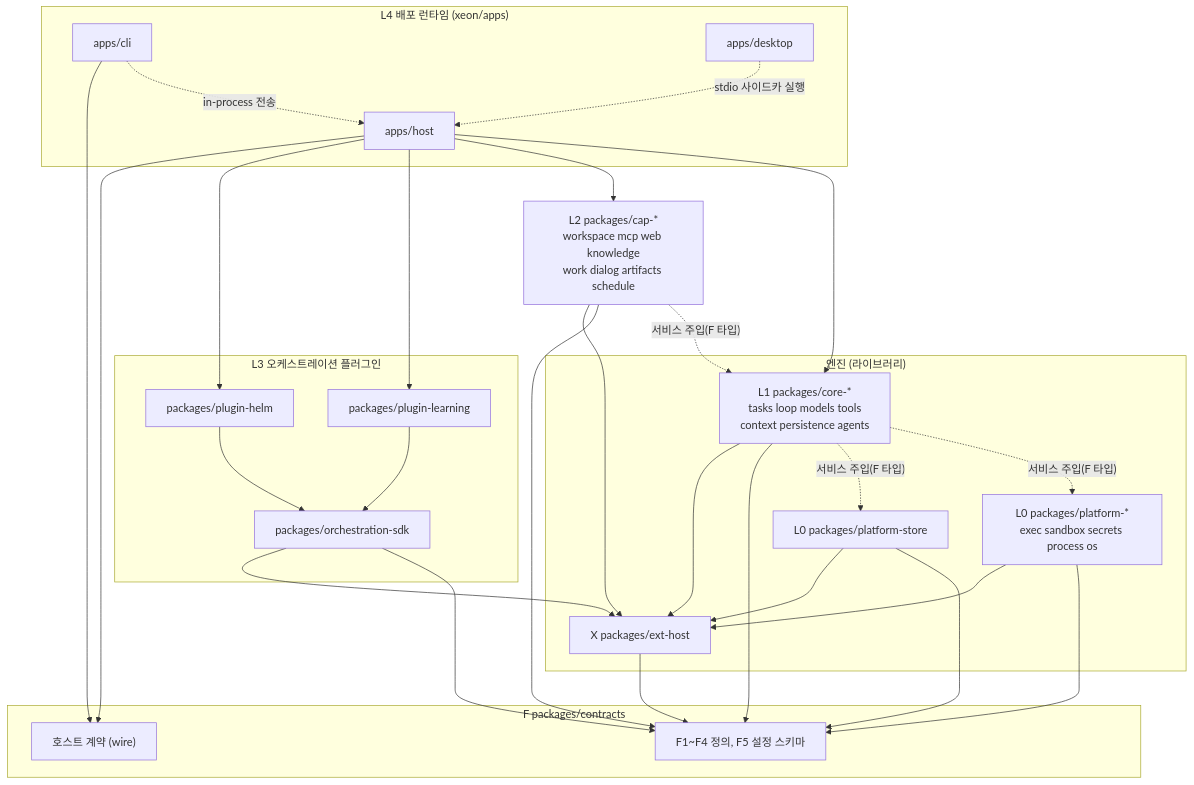
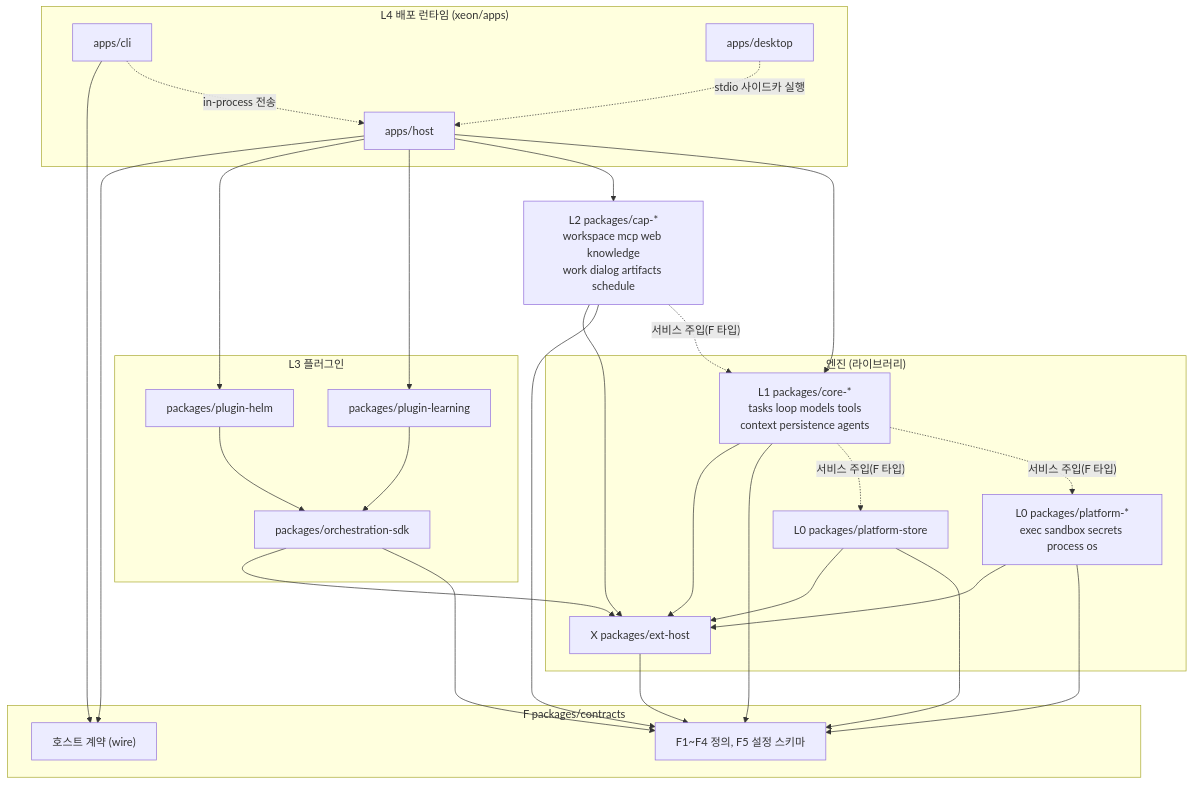
One commit to Rengod95/Helm-Agent_Docs_OS changed the diagram in docs/xeon/architecture/overview/spec.md. Above: the diagram before and after it, drawn with Mermaid. The commit also changed other lines of this file and 91 other files, not shown here.

````diff
--- a/docs/xeon/architecture/overview/spec.md
+++ b/docs/xeon/architecture/overview/spec.md
@@ -100,49 +100,49 @@
 ```mermaid
 flowchart TB
   subgraph L4["L4 배포 런타임 (xeon/apps)"]
     cli["apps/cli"]
     desktop["apps/desktop"]
     host["apps/host"]
   end
-  subgraph L3["L3 오케스트레이션 플러그인"]
+  subgraph L3["L3 플러그인"]
     ghelm["packages/plugin-helm"]
     glearn["packages/plugin-learning"]
     gkit["packages/orchestration-sdk"]
   end
   cap["L2 packages/cap-*<br/>workspace mcp web knowledge<br/>work dialog artifacts schedule"]
   subgraph ENGINE["엔진 (라이브러리)"]
     core["L1 packages/core-*<br/>tasks loop models tools<br/>context persistence agents"]
     store["L0 packages/platform-store"]
     plat["L0 packages/platform-*<br/>exec sandbox secrets process os"]
     exthost["X packages/ext-host"]
   end
   subgraph F["F packages/contracts"]
     hostc["호스트 계약 (wire)"]
     fdefs["F1~F4 정의, F5 설정 스키마"]
   end
 
   cli --> hostc
   cli -.->|"in-process 전송"| host
   desktop -.->|"stdio 사이드카 실행"| host
   host --> hostc
   host --> ghelm
   host --> glearn
   host --> cap
   host --> core
   ghelm --> gkit
   glearn --> gkit
   gkit --> exthost
   gkit --> fdefs
   cap --> exthost
   cap --> fdefs
   cap -.->|"서비스 주입(F 타입)"| core
   core --> exthost
   core --> fdefs
   core -.->|"서비스 주입(F 타입)"| store
   core -.->|"서비스 주입(F 타입)"| plat
   store --> exthost
   store --> fdefs
   plat --> exthost
   plat --> fdefs
   exthost --> fdefs
 ```
````
